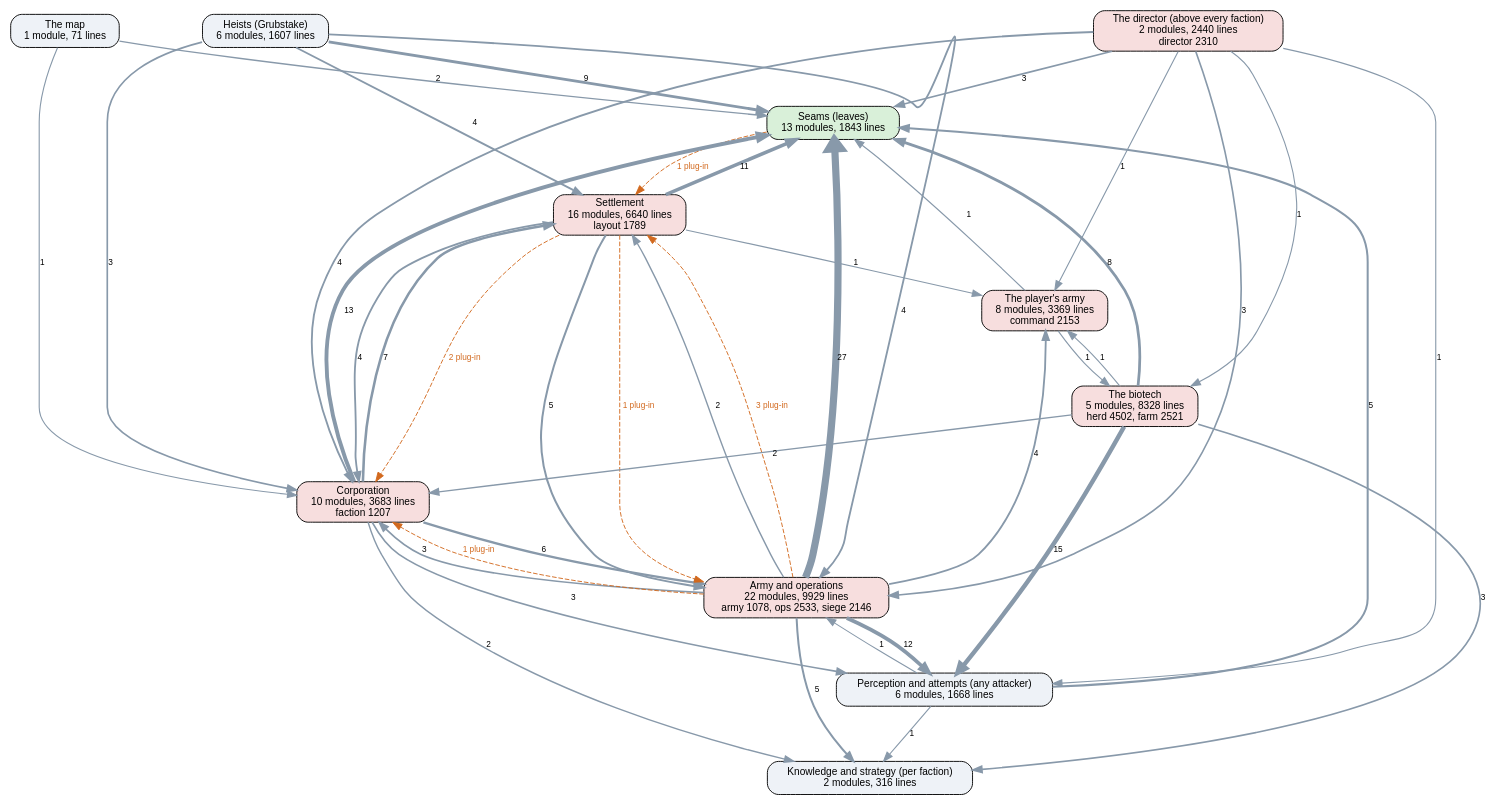
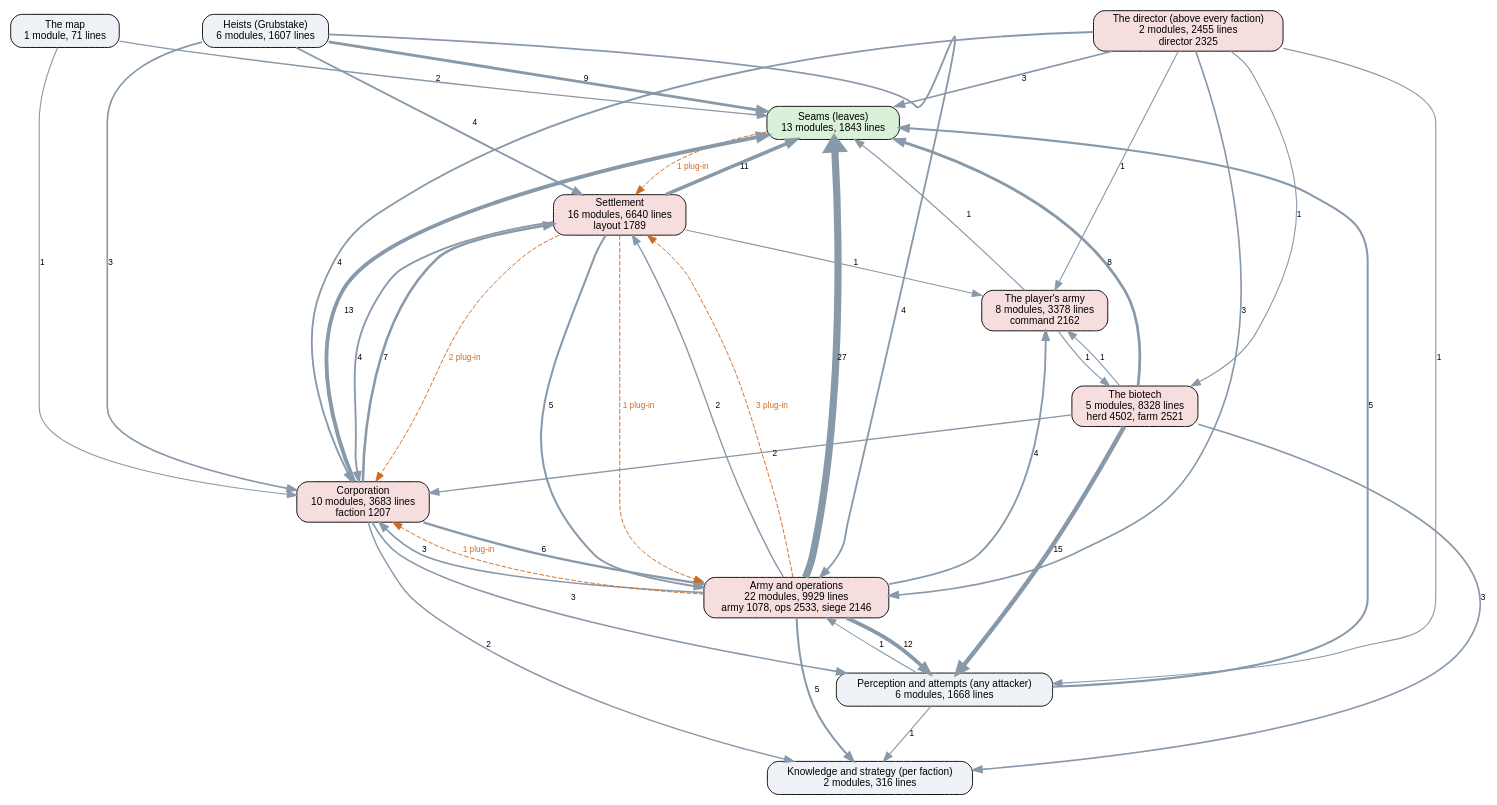
The diagram in docs/ai-layers.dot (kinelhu/landing-party), drawn with Graphviz before and after one commit. The commit also changed 24 other files, not shown here.

```diff
--- a/docs/ai-layers.dot
+++ b/docs/ai-layers.dot
@@ -1,58 +1,58 @@
 digraph layers {
   graph [rankdir=TB, fontname="Helvetica", nodesep=0.5, ranksep=0.7];
   node [shape=box, style="rounded,filled", fontname="Helvetica", fontsize=11, fillcolor="#eef2f7"];
   edge [color="#8899aa", fontname="Helvetica", fontsize=9];
   "Seams (leaves)" [label="Seams (leaves)\n13 modules, 1843 lines", fillcolor="#d9f0d9"];
   "Perception and attempts (any attacker)" [label="Perception and attempts (any attacker)\n6 modules, 1668 lines", fillcolor="#eef2f7"];
   "Knowledge and strategy (per faction)" [label="Knowledge and strategy (per faction)\n2 modules, 316 lines", fillcolor="#eef2f7"];
-  "The director (above every faction)" [label="The director (above every faction)\n2 modules, 2440 lines\ndirector 2310", fillcolor="#f7dede"];
+  "The director (above every faction)" [label="The director (above every faction)\n2 modules, 2455 lines\ndirector 2325", fillcolor="#f7dede"];
   "Corporation" [label="Corporation\n10 modules, 3683 lines\nfaction 1207", fillcolor="#f7dede"];
   "Settlement" [label="Settlement\n16 modules, 6640 lines\nlayout 1789", fillcolor="#f7dede"];
   "Army and operations" [label="Army and operations\n22 modules, 9929 lines\narmy 1078, ops 2533, siege 2146", fillcolor="#f7dede"];
   "Heists (Grubstake)" [label="Heists (Grubstake)\n6 modules, 1607 lines", fillcolor="#eef2f7"];
   "The biotech" [label="The biotech\n5 modules, 8328 lines\nherd 4502, farm 2521", fillcolor="#f7dede"];
   "The map" [label="The map\n1 module, 71 lines", fillcolor="#eef2f7"];
-  "The player's army" [label="The player's army\n8 modules, 3369 lines\ncommand 2153", fillcolor="#f7dede"];
+  "The player's army" [label="The player's army\n8 modules, 3378 lines\ncommand 2162", fillcolor="#f7dede"];
   "Army and operations" -> "Corporation" [label="3", penwidth=1.8];
   "Army and operations" -> "Knowledge and strategy (per faction)" [label="5", penwidth=2.2];
   "Army and operations" -> "Perception and attempts (any attacker)" [label="12", penwidth=4.0];
   "Army and operations" -> "Seams (leaves)" [label="27", penwidth=7.8];
   "Army and operations" -> "Settlement" [label="2", penwidth=1.5];
   "Army and operations" -> "The player's army" [label="4", penwidth=2.0];
   "Corporation" -> "Army and operations" [label="6", penwidth=2.5];
   "Corporation" -> "Knowledge and strategy (per faction)" [label="2", penwidth=1.5];
   "Corporation" -> "Perception and attempts (any attacker)" [label="3", penwidth=1.8];
   "Corporation" -> "Seams (leaves)" [label="13", penwidth=4.2];
   "Corporation" -> "Settlement" [label="7", penwidth=2.8];
   "Heists (Grubstake)" -> "Army and operations" [label="4", penwidth=2.0];
   "Heists (Grubstake)" -> "Corporation" [label="3", penwidth=1.8];
   "Heists (Grubstake)" -> "Seams (leaves)" [label="9", penwidth=3.2];
   "Heists (Grubstake)" -> "Settlement" [label="4", penwidth=2.0];
   "Perception and attempts (any attacker)" -> "Army and operations" [label="1", penwidth=1.2];
   "Perception and attempts (any attacker)" -> "Knowledge and strategy (per faction)" [label="1", penwidth=1.2];
   "Perception and attempts (any attacker)" -> "Seams (leaves)" [label="5", penwidth=2.2];
   "Settlement" -> "Army and operations" [label="5", penwidth=2.2];
   "Settlement" -> "Corporation" [label="4", penwidth=2.0];
   "Settlement" -> "Seams (leaves)" [label="11", penwidth=3.8];
   "Settlement" -> "The player's army" [label="1", penwidth=1.2];
   "The biotech" -> "Corporation" [label="2", penwidth=1.5];
   "The biotech" -> "Knowledge and strategy (per faction)" [label="3", penwidth=1.8];
   "The biotech" -> "Perception and attempts (any attacker)" [label="15", penwidth=4.8];
   "The biotech" -> "Seams (leaves)" [label="8", penwidth=3.0];
   "The biotech" -> "The player's army" [label="1", penwidth=1.2];
   "The director (above every faction)" -> "Army and operations" [label="3", penwidth=1.8];
   "The director (above every faction)" -> "Corporation" [label="4", penwidth=2.0];
   "The director (above every faction)" -> "Perception and attempts (any attacker)" [label="1", penwidth=1.2];
   "The director (above every faction)" -> "Seams (leaves)" [label="3", penwidth=1.8];
   "The director (above every faction)" -> "The biotech" [label="1", penwidth=1.2];
   "The director (above every faction)" -> "The player's army" [label="1", penwidth=1.2];
   "The map" -> "Corporation" [label="1", penwidth=1.2];
   "The map" -> "Seams (leaves)" [label="2", penwidth=1.5];
   "The player's army" -> "Seams (leaves)" [label="1", penwidth=1.2];
   "The player's army" -> "The biotech" [label="1", penwidth=1.2];
   "Army and operations" -> "Corporation" [style=dashed, color="#d2691e", fontcolor="#d2691e", label="1 plug-in"];
   "Army and operations" -> "Settlement" [style=dashed, color="#d2691e", fontcolor="#d2691e", label="3 plug-in"];
   "Seams (leaves)" -> "Settlement" [style=dashed, color="#d2691e", fontcolor="#d2691e", label="1 plug-in"];
   "Settlement" -> "Army and operations" [style=dashed, color="#d2691e", fontcolor="#d2691e", label="1 plug-in"];
   "Settlement" -> "Corporation" [style=dashed, color="#d2691e", fontcolor="#d2691e", label="2 plug-in"];
 }
```
